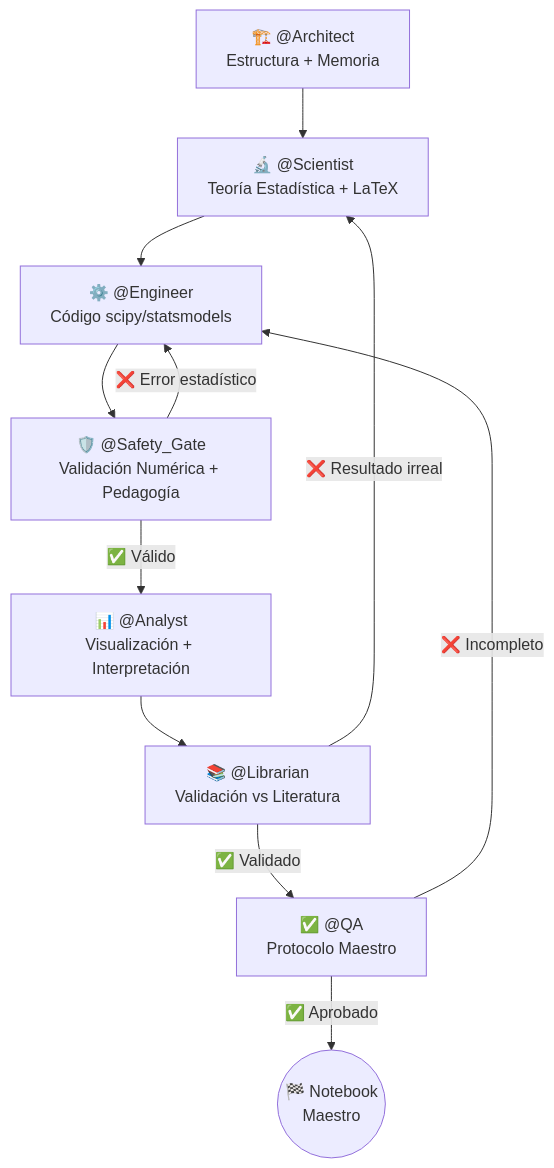
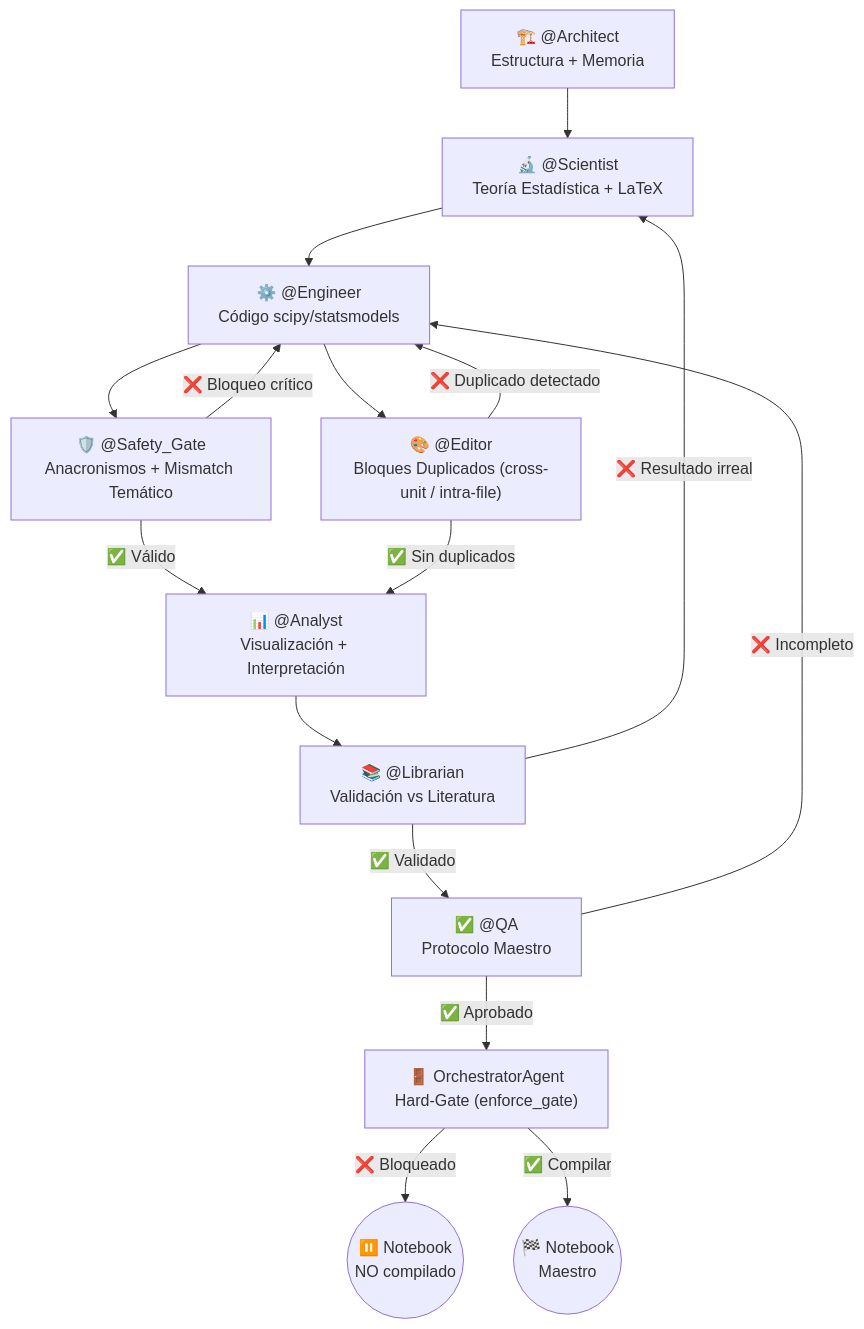
The diagram in README.md (Multiagent-AI-Lab/Probability-Statistics-Agentic-AI-Core), drawn with Mermaid before and after one commit. The commit also changed other lines of this file, not shown here.

````diff
--- a/README.md
+++ b/README.md
@@ -114,17 +112,22 @@
 ```mermaid
 graph TD
     Arch["🏗️ @Architect<br/>Estructura + Memoria"] --> Sci["🔬 @Scientist<br/>Teoría Estadística + LaTeX"]
     Sci --> Eng["⚙️ @Engineer<br/>Código scipy/statsmodels"]
-    Eng --> Gate["🛡️ @Safety_Gate<br/>Validación Numérica + Pedagogía"]
+    Eng --> Gate["🛡️ @Safety_Gate<br/>Anacronismos + Mismatch Temático"]
+    Eng --> Editor["🎨 @Editor<br/>Bloques Duplicados (cross-unit / intra-file)"]
 
-    Gate -->|"❌ Error estadístico"| Eng
+    Gate -->|"❌ Bloqueo crítico"| Eng
+    Editor -->|"❌ Duplicado detectado"| Eng
     Gate -->|"✅ Válido"| Ana["📊 @Analyst<br/>Visualización + Interpretación"]
+    Editor -->|"✅ Sin duplicados"| Ana
 
     Ana --> Lib["📚 @Librarian<br/>Validación vs Literatura"]
 
     Lib -->|"❌ Resultado irreal"| Sci
     Lib -->|"✅ Validado"| QA["✅ @QA<br/>Protocolo Maestro"]
 
     QA -->|"❌ Incompleto"| Eng
-    QA -->|"✅ Aprobado"| Done(("🏁 Notebook<br/>Maestro"))
+    QA -->|"✅ Aprobado"| Gatekeeper["🚪 OrchestratorAgent<br/>Hard-Gate (enforce_gate)"]
+    Gatekeeper -->|"❌ Bloqueado"| Skip(("⏸️ Notebook<br/>NO compilado"))
+    Gatekeeper -->|"✅ Compilar"| Done(("🏁 Notebook<br/>Maestro"))
 ```
````
